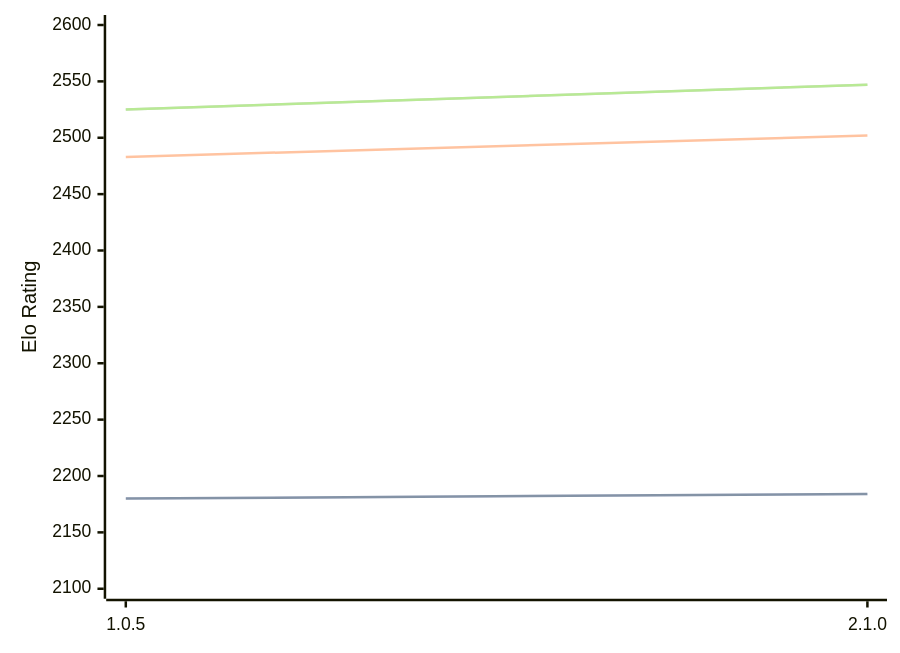
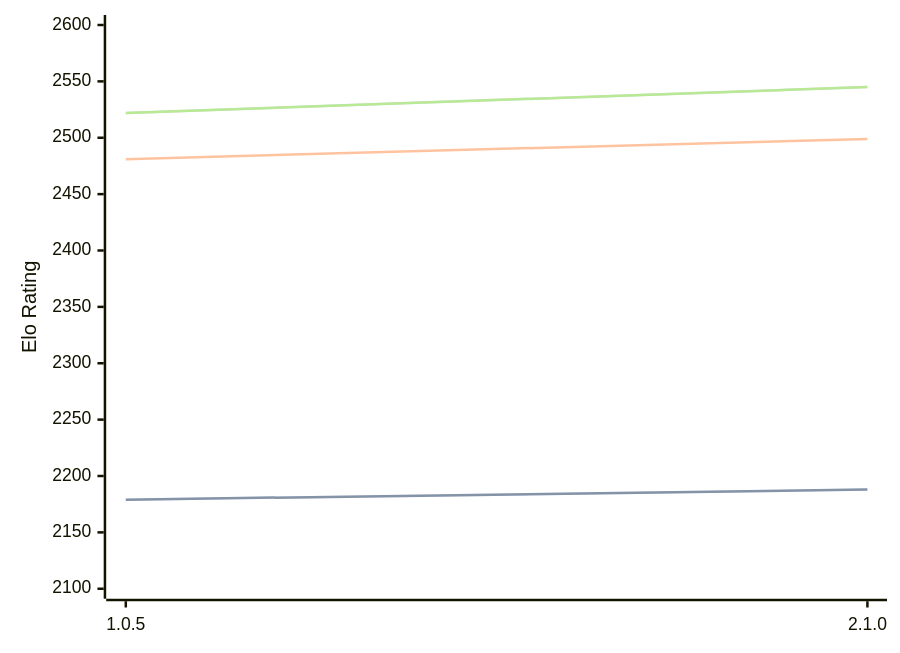
Before and after one commit to computer-chess-index/cci: the diagram in engines/Ruffian.md, drawn with Mermaid. The commit also changed other lines of this file, not shown here.

Commit message:
Update CCI Ratings (ELO VLTC) - 2026-04-23

````diff
--- a/engines/Ruffian.md
+++ b/engines/Ruffian.md
@@ -32,11 +32,11 @@
 ```mermaid
 %%{init: {"theme":"base","themeVariables":{"seriesColors:['#a3a3a3','#222221','#faa371']}}}%%
 xychart-beta
   x-axis ["1.0.5", "2.1.0"]
   y-axis "Elo Rating" 2100 --> 2600
-  line "STC (8.0+0.08s)" [2180, 2184]
-  line "STC (8.0+0.08s)" [2180, 2184]
-  line "LTC (60.0+0.60s)" [2483, 2502]
-  line "VLTC (2m24s+1.12s)" [2525, 2547]
-  line "VLTC (2m24s+1.12s)" [2525, 2547]
+  line "STC (8.0+0.08s)" [2179, 2188]
+  line "STC (8.0+0.08s)" [2179, 2188]
+  line "LTC (60.0+0.60s)" [2481, 2499]
+  line "VLTC (2m24s+1.12s)" [2522, 2545]
+  line "VLTC (2m24s+1.12s)" [2522, 2545]
 ```
````
